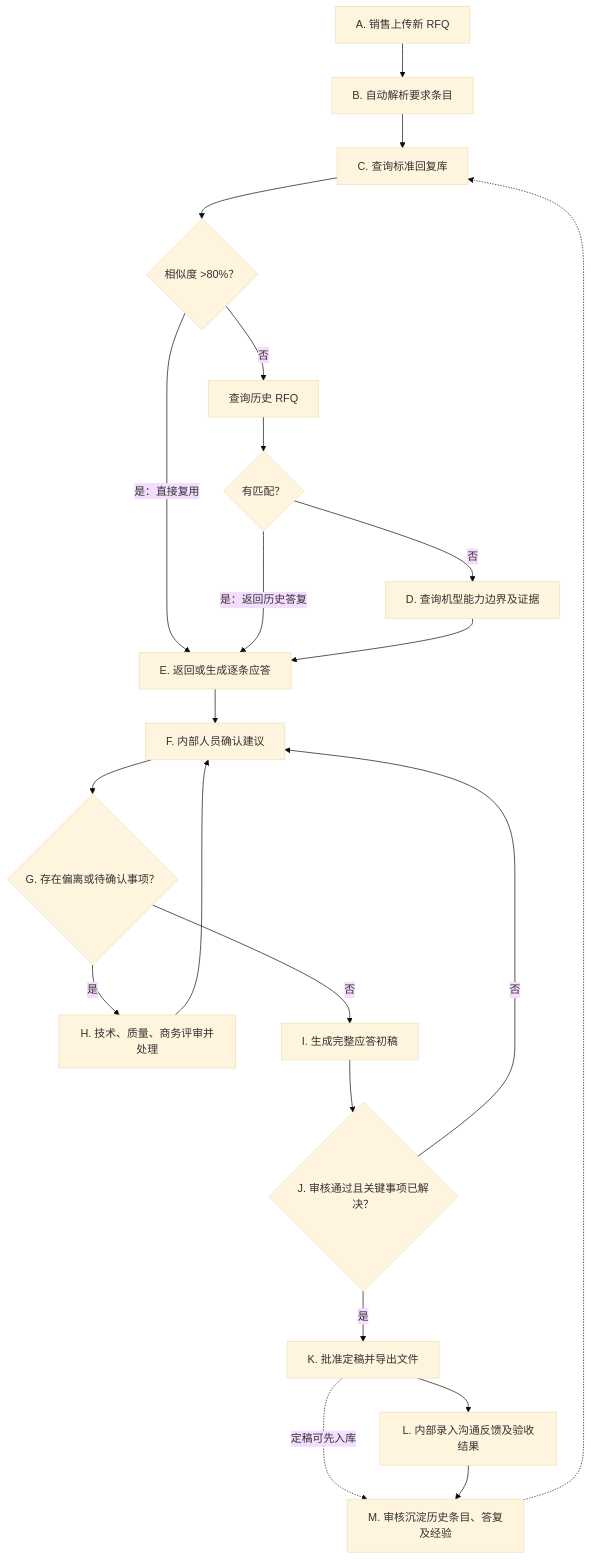
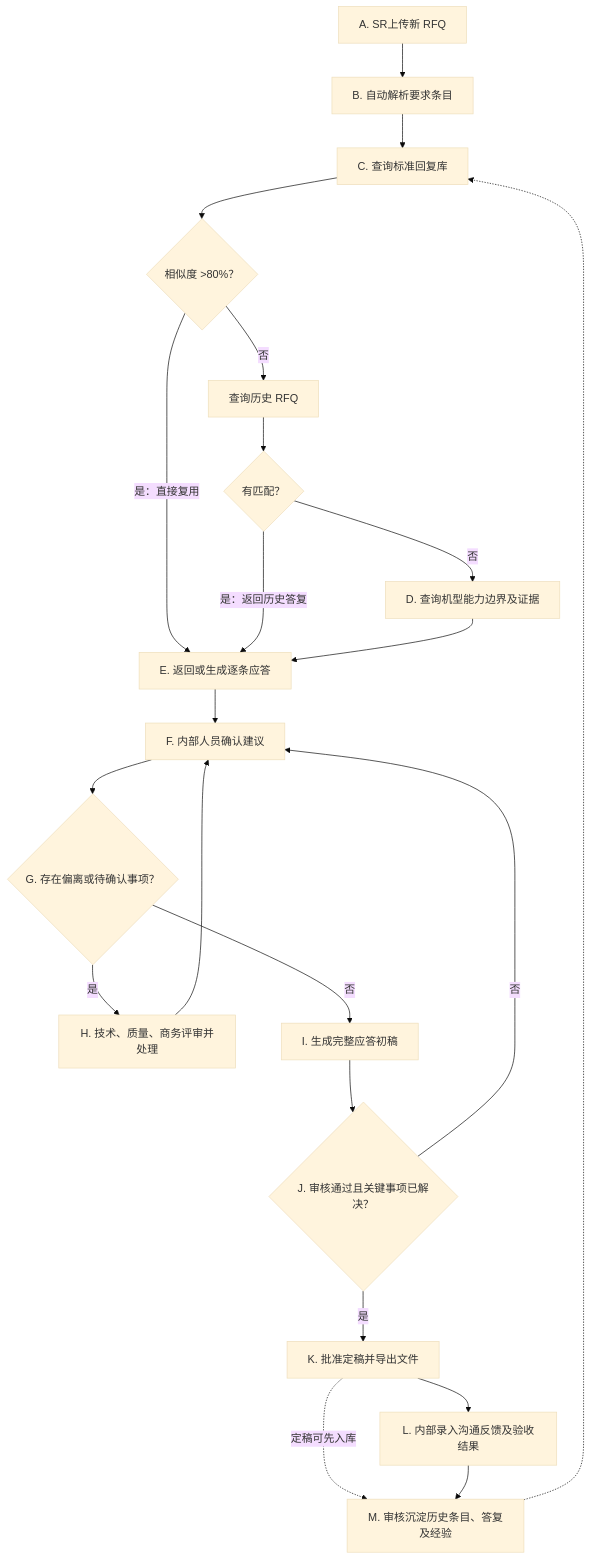
Before and after one commit to mingming11115/fep-rfq-agent: the first of 3 diagrams in FEP销售RFQ提效Agent_PRD_v0.2.md, drawn with Mermaid (base theme). The commit also changed other lines of this file and 50 other files, not shown here.

````diff
--- a/FEP销售RFQ提效Agent_PRD_v0.2.md
+++ b/FEP销售RFQ提效Agent_PRD_v0.2.md
@@ -113,24 +112,24 @@
 ```mermaid
 flowchart TD
-    A["A. 销售上传新 RFQ"] --> B["B. 自动解析要求条目"]
+    A["A. SR上传新 RFQ"] --> B["B. 自动解析要求条目"]
     B --> C["C. 查询标准回复库"]
     C --> C1{"相似度 >80%？"}
     C1 -->|是：直接复用| E["E. 返回或生成逐条应答"]
     C1 -->|否| C2["查询历史 RFQ"]
     C2 --> C3{"有匹配？"}
     C3 -->|是：返回历史答复| E
     C3 -->|否| D["D. 查询机型能力边界及证据"]
     D --> E
     E --> F["F. 内部人员确认建议"]
     F --> G{"G. 存在偏离或待确认事项？"}
     G -->|是| H["H. 技术、质量、商务评审并处理"]
     H --> F
     G -->|否| I["I. 生成完整应答初稿"]
     I --> J{"J. 审核通过且关键事项已解决？"}
     J -->|否| F
     J -->|是| K["K. 批准定稿并导出文件"]
     K -.->|定稿可先入库| M
     K --> L["L. 内部录入沟通反馈及验收结果"]
     L --> M["M. 审核沉淀历史条目、答复及经验"]
     M -.-> C
 ```
````
